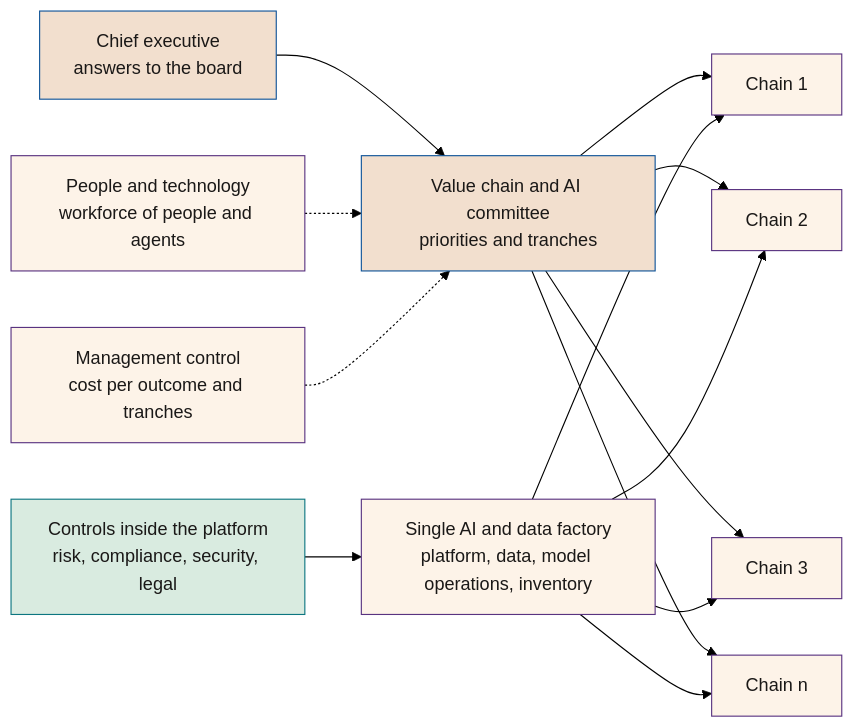
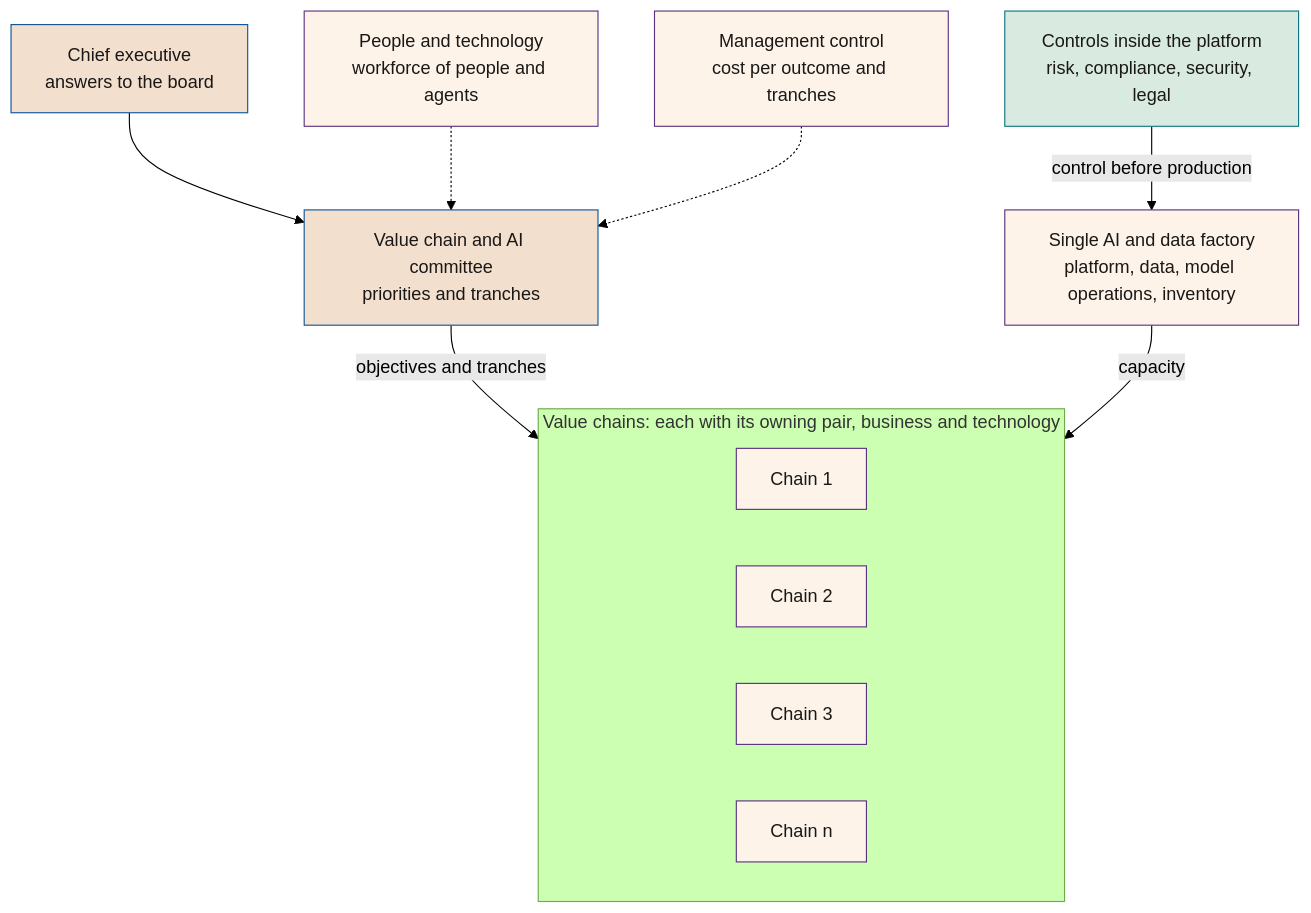
One commit to seachad/AI_CONSULTING changed the sixth of 7 diagrams in SEVEN-G/mds/en/54_SEVEN-G_Organizacion_de_la_compania_para_la_IA.md. Above: the diagram before and after it, drawn with Mermaid (forest theme). The commit also changed other lines of this file and 15 other files, not shown here.

First line of the commit message:
Documento 54 §9: diagramas más legibles; HTML y PDF de 54 y 02, índices de códigos y búsqueda (D162)

````diff
--- a/SEVEN-G/mds/en/54_SEVEN-G_Organizacion_de_la_compania_para_la_IA.md
+++ b/SEVEN-G/mds/en/54_SEVEN-G_Organizacion_de_la_compania_para_la_IA.md
@@ -573,21 +573,28 @@
 ```mermaid
-flowchart LR
-  DG["Chief executive<br>answers to the board"] --> COM["Value chain and AI committee<br>priorities and tranches"]
-  COM --> C1["Chain 1"]
-  COM --> C2["Chain 2"]
-  COM --> C3["Chain 3"]
-  COM --> CN["Chain n"]
-  FAB["Single AI and data factory<br>platform, data, model operations, inventory"] --> C1
-  FAB --> C2
-  FAB --> C3
-  FAB --> CN
-  CTL["Controls inside the platform<br>risk, compliance, security, legal"] --> FAB
-  PER["People and technology<br>workforce of people and agents"] -.-> COM
-  FIN["Management control<br>cost per outcome and tranches"] -.-> COM
+flowchart TB
+  DG["Chief executive<br>answers to the board"]
+  COM["Value chain and AI committee<br>priorities and tranches"]
+  PER["People and technology<br>workforce of people and agents"]
+  FIN["Management control<br>cost per outcome and tranches"]
+  subgraph CAD["Value chains: each with its owning pair, business and technology"]
+    direction LR
+    C1["Chain 1"]
+    C2["Chain 2"]
+    C3["Chain 3"]
+    CN["Chain n"]
+  end
+  FAB["Single AI and data factory<br>platform, data, model operations, inventory"]
+  CTL["Controls inside the platform<br>risk, compliance, security, legal"]
+  DG --> COM
+  PER -.-> COM
+  FIN -.-> COM
+  COM -->|"objectives and tranches"| CAD
+  FAB -->|"capacity"| CAD
+  CTL -->|"control before production"| FAB
   classDef dir fill:#f2dfce,stroke:#0f5499,color:#1a1817
   classDef ejec fill:#fdf3e8,stroke:#593380,color:#1a1817
   classDef ctl fill:#d9ebe0,stroke:#0d7680,color:#1a1817
   class DG,COM dir
   class C1,C2,C3,CN,FAB,PER,FIN ejec
   class CTL ctl
 ```
````
